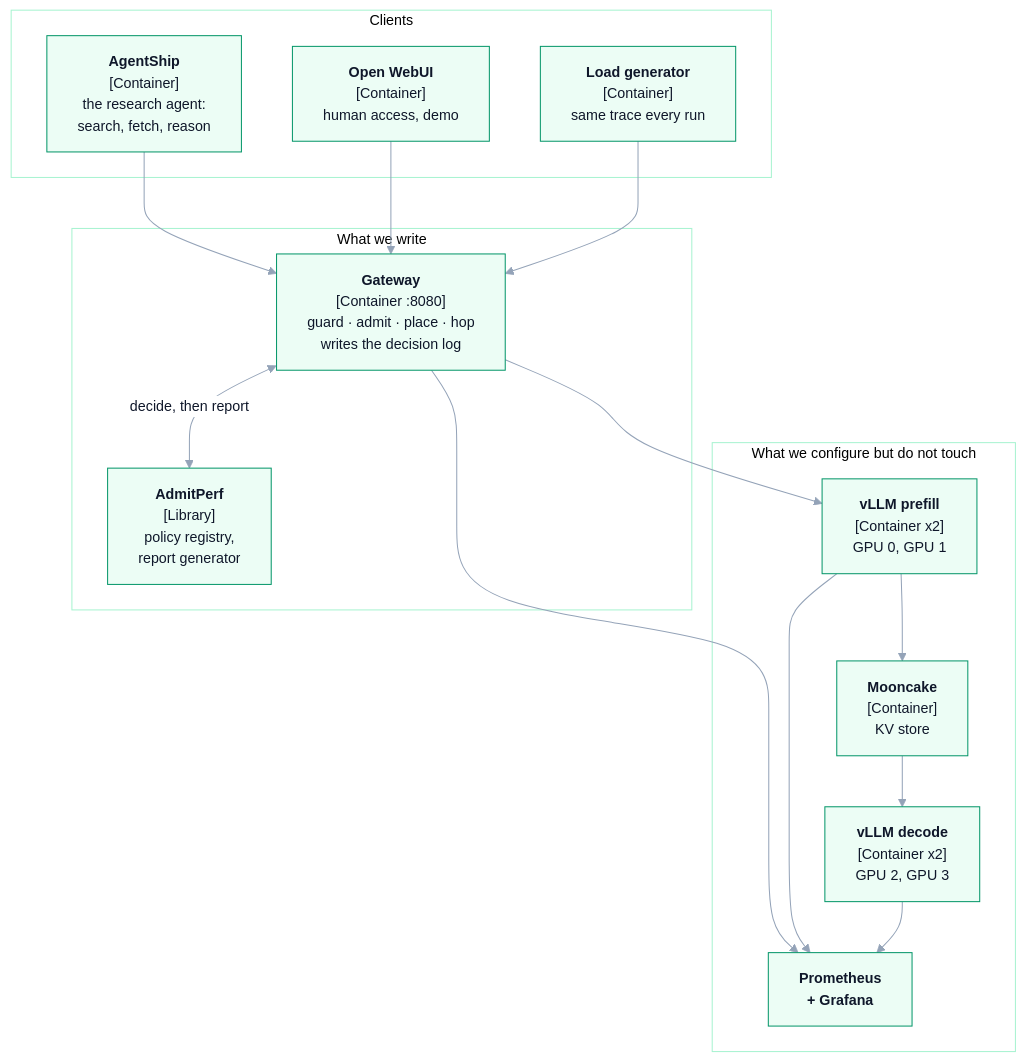
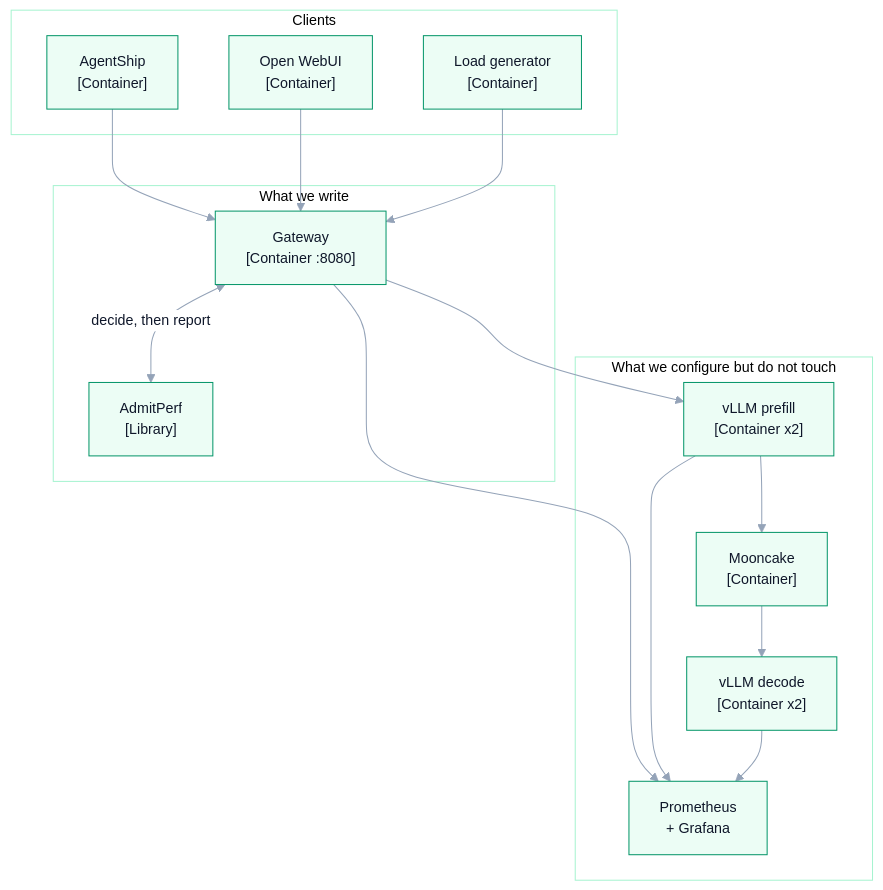
Before and after one commit to harshuljain13/Dodona: the second of 4 diagrams in docs/project/02-cluster.md, drawn with Mermaid. The commit also changed other lines of this file and 17 other files, not shown here.

````diff
--- a/docs/project/02-cluster.md
+++ b/docs/project/02-cluster.md
@@ -40,38 +40,38 @@
 ```mermaid
 %%{init: {'theme':'base','themeVariables':{
   'fontFamily':'ui-sans-serif, -apple-system, Segoe UI, Inter, Helvetica, Arial, sans-serif','fontSize':'14px',
   'primaryColor':'#ecfdf5','primaryTextColor':'#0f172a','primaryBorderColor':'#059669',
   'secondaryColor':'#f8fafc','tertiaryColor':'#ffffff',
   'lineColor':'#94a3b8','textColor':'#1e293b',
   'clusterBkg':'#ffffff','clusterBorder':'#a7f3d0',
   'edgeLabelBackground':'#ffffff','nodeBorder':'#059669'
 }}}%%
 flowchart TB
     subgraph CLIENTS["Clients"]
-        AS["<b>AgentShip</b><br/>[Container]<br/>the research agent:<br/>search, fetch, reason"]
-        UI["<b>Open WebUI</b><br/>[Container]<br/>human access, demo"]
-        LOAD["<b>Load generator</b><br/>[Container]<br/>same trace every run"]
+        AS["AgentShip<br/>[Container]"]
+        UI["Open WebUI<br/>[Container]"]
+        LOAD["Load generator<br/>[Container]"]
     end
 
     subgraph MINE["What we write"]
-        GW["<b>Gateway</b><br/>[Container :8080]<br/>guard · admit · place · hop<br/>writes the decision log"]
-        AP["<b>AdmitPerf</b><br/>[Library]<br/>policy registry,<br/>report generator"]
+        GW["Gateway<br/>[Container :8080]"]
+        AP["AdmitPerf<br/>[Library]"]
     end
 
     subgraph INHERITED["What we configure but do not touch"]
-        PF["<b>vLLM prefill</b><br/>[Container x2]<br/>GPU 0, GPU 1"]
-        DC["<b>vLLM decode</b><br/>[Container x2]<br/>GPU 2, GPU 3"]
-        MC["<b>Mooncake</b><br/>[Container]<br/>KV store"]
-        OBS["<b>Prometheus<br/>+ Grafana</b>"]
+        PF["vLLM prefill<br/>[Container x2]"]
+        DC["vLLM decode<br/>[Container x2]"]
+        MC["Mooncake<br/>[Container]"]
+        OBS["Prometheus<br/>+ Grafana"]
     end
 
     AS --> GW
     UI --> GW
     LOAD --> GW
     GW <-->|"decide, then report"| AP
     GW --> PF
     PF --> MC --> DC
     GW --> OBS
     PF --> OBS
     DC --> OBS
 ```
````
